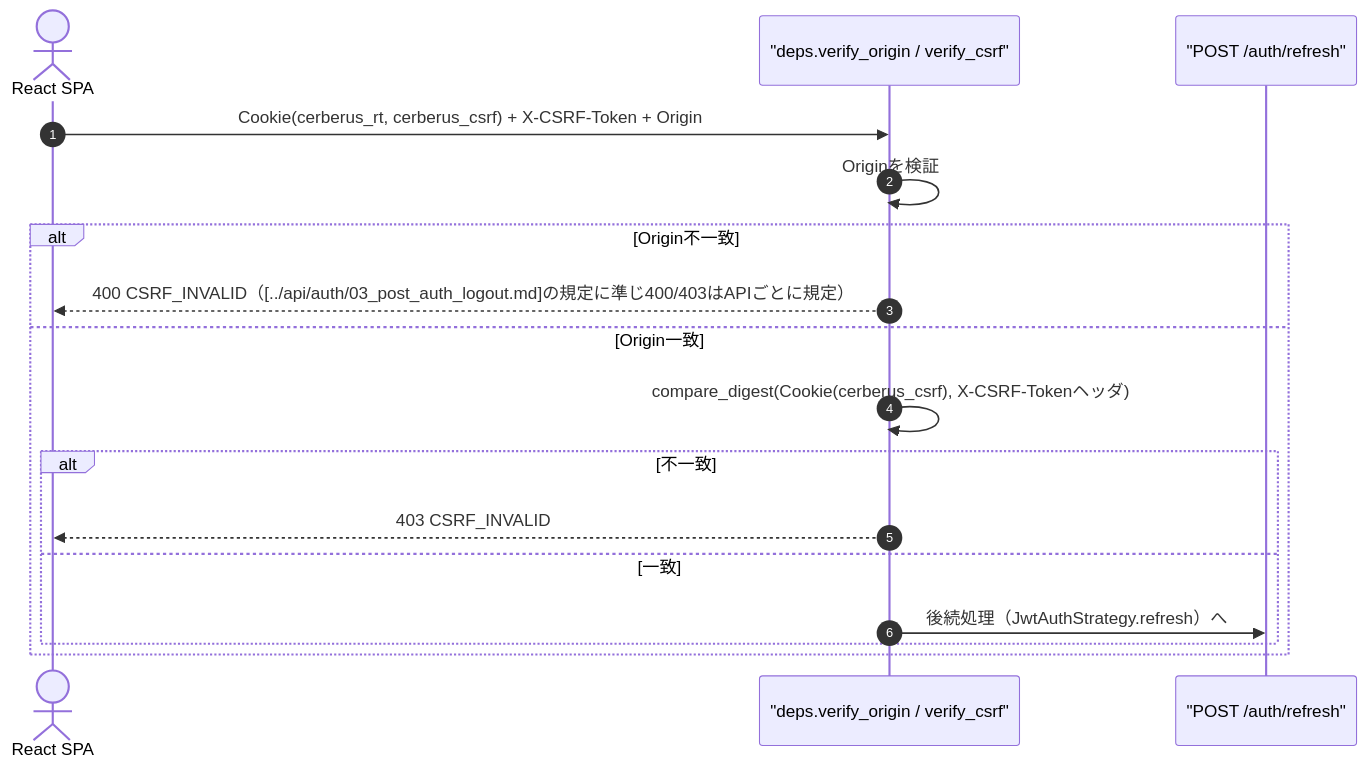
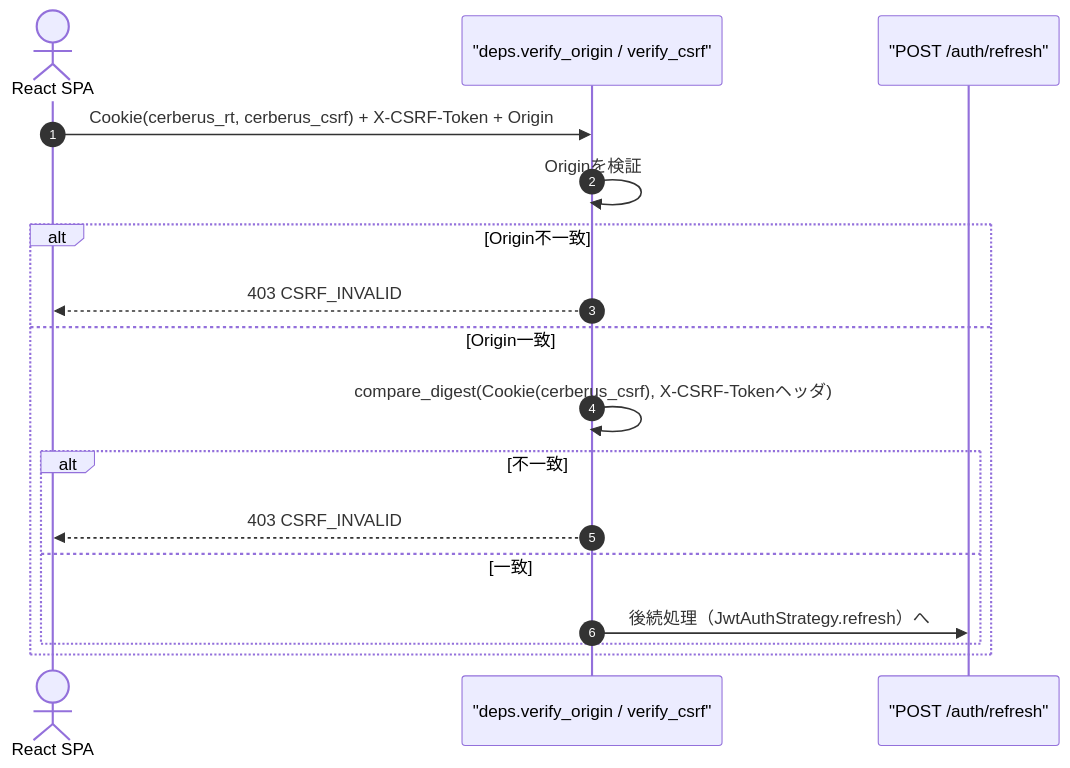
Before and after one commit to oikawa-d/task_management: the second of 5 diagrams in detailed_design/auth/03_csrf.md, drawn with Mermaid. The commit also changed other lines of this file and 6 other files, not shown here.

````diff
--- a/detailed_design/auth/03_csrf.md
+++ b/detailed_design/auth/03_csrf.md
@@ -97,20 +97,20 @@
 ```mermaid
 sequenceDiagram
     autonumber
     actor FE as React SPA
     participant DEP as "deps.verify_origin / verify_csrf"
     participant R as "POST /auth/refresh"
 
     FE->>DEP: Cookie(cerberus_rt, cerberus_csrf) + X-CSRF-Token + Origin
     DEP->>DEP: Originを検証
     alt Origin不一致
-        DEP-->>FE: 400 CSRF_INVALID（[../api/auth/03_post_auth_logout.md]の規定に準じ400/403はAPIごとに規定）
+        DEP-->>FE: 403 CSRF_INVALID
     else Origin一致
         DEP->>DEP: compare_digest(Cookie(cerberus_csrf), X-CSRF-Tokenヘッダ)
         alt 不一致
             DEP-->>FE: 403 CSRF_INVALID
         else 一致
             DEP->>R: 後続処理（JwtAuthStrategy.refresh）へ
         end
     end
 ```
````
